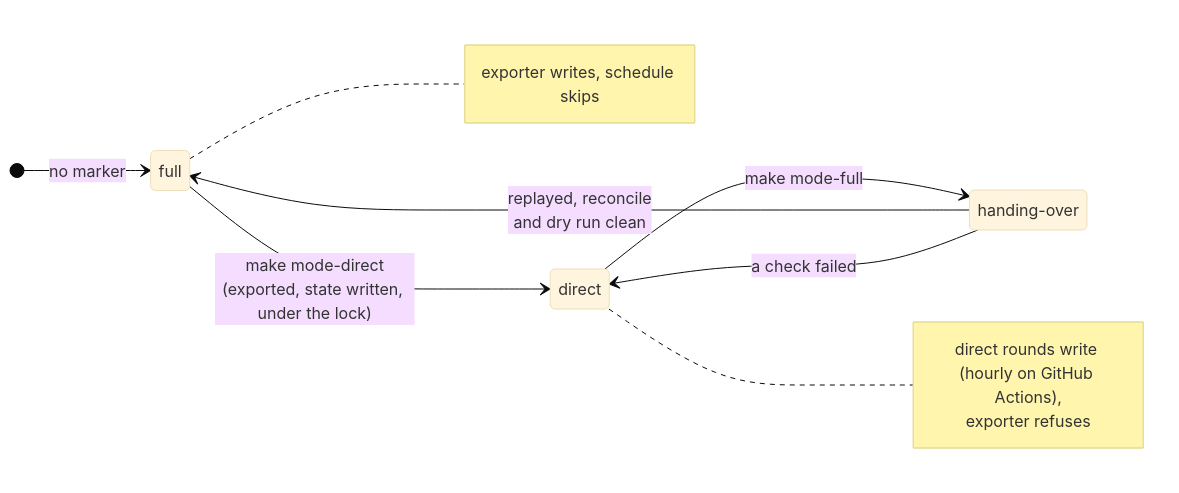
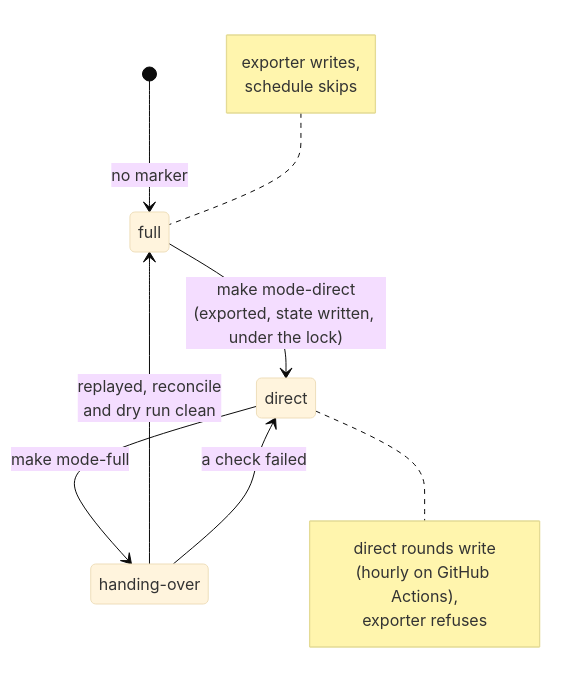
The fifth of 8 diagrams in docs/technical/architecture.md (dienarvaez1/earth-hub), drawn with Mermaid (base theme) before and after one commit. The commit also changed other lines of this file and 2 other files, not shown here.

First line of the commit message:
docs: lay out the flowcharts and state diagrams near square

````diff
--- a/docs/technical/architecture.md
+++ b/docs/technical/architecture.md
@@ -255,12 +264,12 @@
 ```mermaid
 stateDiagram-v2
-    direction LR
+    direction TB
     [*] --> full: no marker
     full --> direct: make mode-direct<br/>(exported, state written, under the lock)
     direct --> handing_over: make mode-full
     handing_over --> full: replayed, reconcile<br/>and dry run clean
     handing_over --> direct: a check failed
     state "handing-over" as handing_over
-    note right of full: exporter writes, schedule skips
-    note right of direct: direct rounds write (hourly on GitHub Actions),<br/>exporter refuses
+    note left of full: exporter writes,<br/>schedule skips
+    note right of direct: direct rounds write<br/>(hourly on GitHub Actions),<br/>exporter refuses
 ```
````
